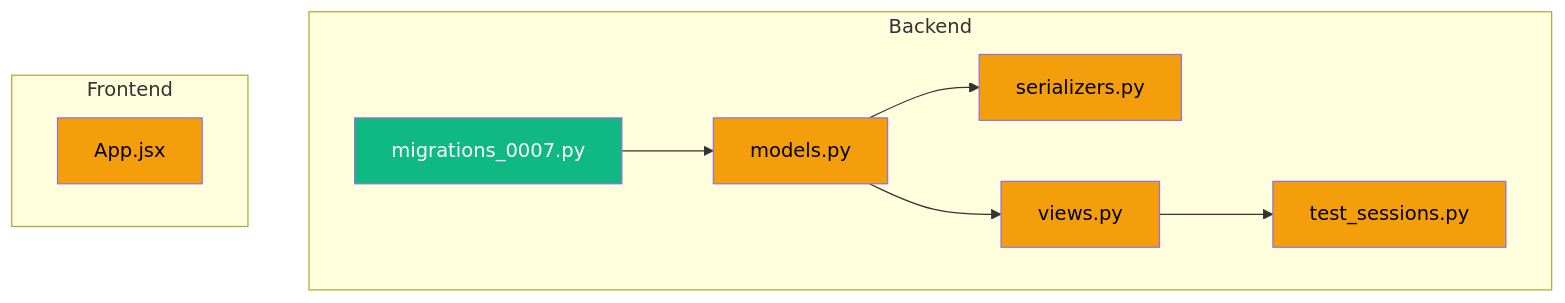
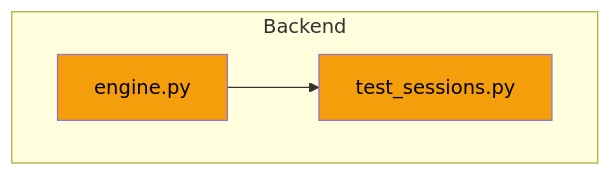
One commit to hongikarchi/archi-tinder changed the fourth of 4 diagrams in .claude/Report.md. Above: the diagram before and after it, drawn with Mermaid. The commit also changed other lines of this file and 2 other files, not shown here.

````diff
--- a/.claude/Report.md
+++ b/.claude/Report.md
@@ -182,20 +179,10 @@
 ```mermaid
 graph TD
     subgraph Backend
-        migrations_0007.py:::new
-        models.py:::modified
-        serializers.py:::modified
-        views.py:::modified
+        engine.py:::modified
         test_sessions.py:::modified
     end
-    subgraph Frontend
-        App.jsx:::modified
-    end
-    migrations_0007.py --> models.py
-    models.py --> serializers.py
-    models.py --> views.py
-    views.py --> test_sessions.py
+    engine.py --> test_sessions.py
 
-    classDef new fill:#10b981,color:#fff
     classDef modified fill:#f59e0b,color:#000
 ```
````
